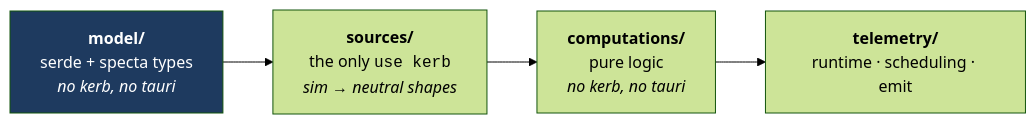
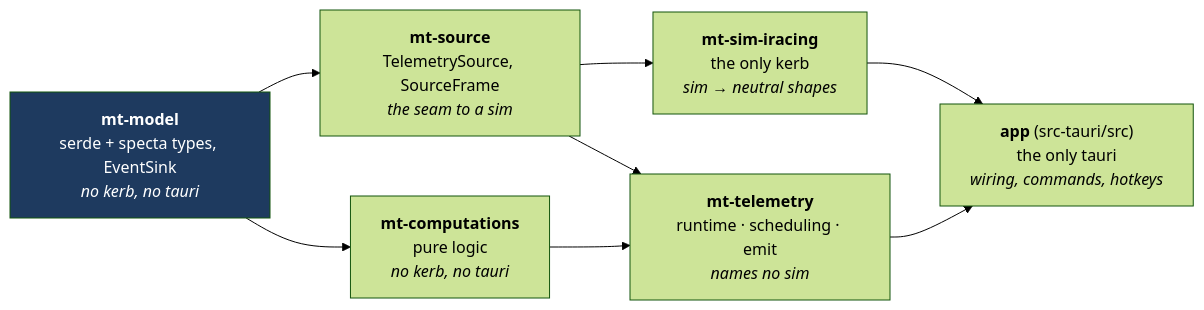
The fourth of 22 diagrams in docs/architecture.md (mvoof/Marble-Trace), drawn with Mermaid (forest theme) before and after one commit. The commit also changed other lines of this file and 291 other files, not shown here.

````diff
--- a/docs/architecture.md
+++ b/docs/architecture.md
@@ -249,11 +251,15 @@
 ```mermaid
 flowchart LR
-    MODEL["<b>model/</b><br/>serde + specta types<br/><i>no kerb, no tauri</i>"]
-    SOURCES["<b>sources/</b><br/>the only <code>use kerb</code><br/><i>sim → neutral shapes</i>"]
-    COMPUTATIONS["<b>computations/</b><br/>pure logic<br/><i>no kerb, no tauri</i>"]
-    TELEMETRY["<b>telemetry/</b><br/>runtime · scheduling · emit"]
+    MODEL["<b>mt-model</b><br/>serde + specta types, EventSink<br/><i>no kerb, no tauri</i>"]
+    SOURCE["<b>mt-source</b><br/>TelemetrySource, SourceFrame<br/><i>the seam to a sim</i>"]
+    IRACING["<b>mt-sim-iracing</b><br/>the only kerb<br/><i>sim → neutral shapes</i>"]
+    COMPUTATIONS["<b>mt-computations</b><br/>pure logic<br/><i>no kerb, no tauri</i>"]
+    TELEMETRY["<b>mt-telemetry</b><br/>runtime · scheduling · emit<br/><i>names no sim</i>"]
+    APP["<b>app</b> (src-tauri/src)<br/>the only tauri<br/><i>wiring, commands, hotkeys</i>"]
 
-    MODEL --> SOURCES --> COMPUTATIONS --> TELEMETRY
+    MODEL --> SOURCE --> IRACING --> APP
+    MODEL --> COMPUTATIONS --> TELEMETRY --> APP
+    SOURCE --> TELEMETRY
 
     style MODEL fill:#1e3a5f,color:#fff
 ```
````
